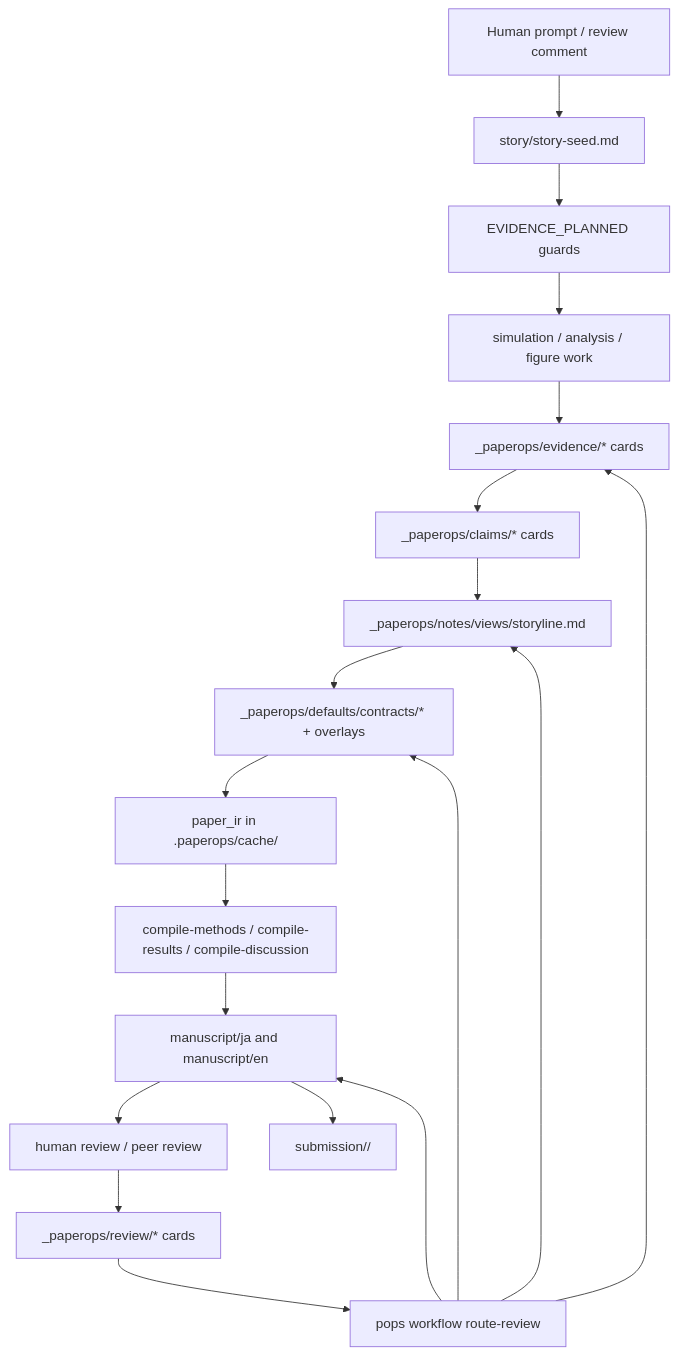
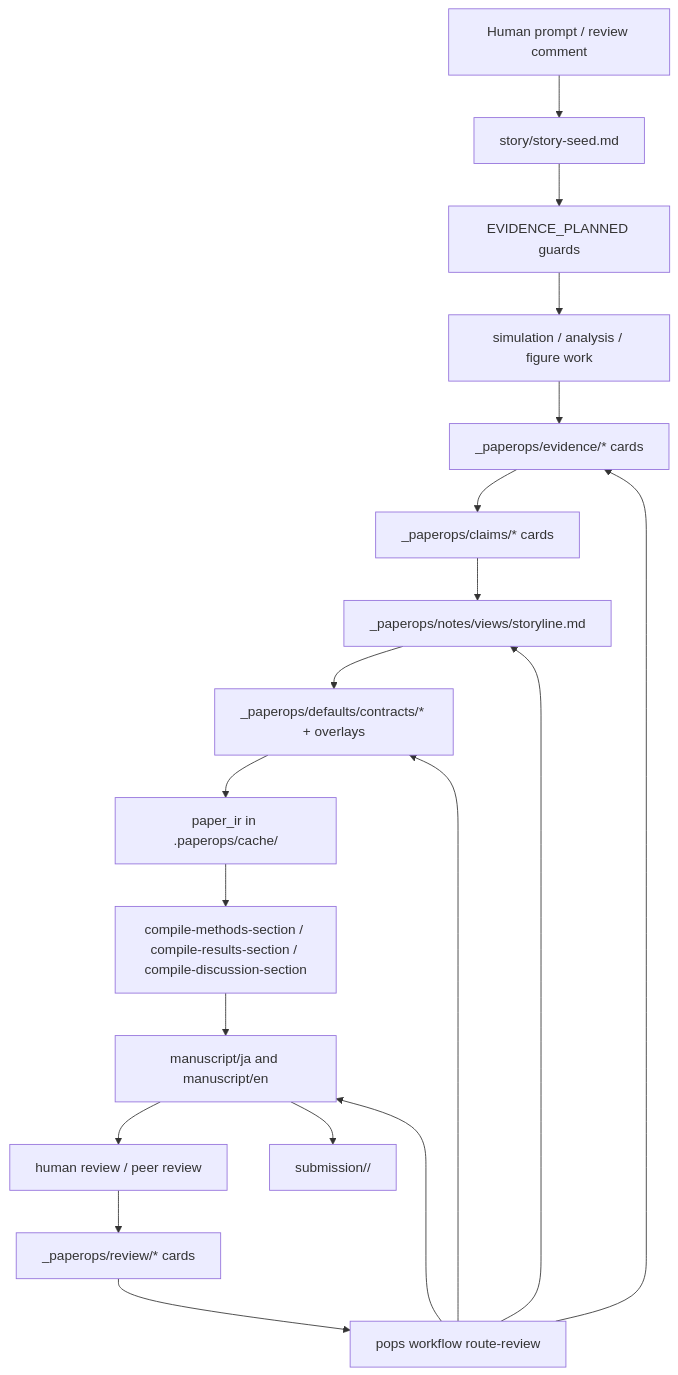
The second of 2 diagrams in docs/current-specification.md (Nkzono99/paperops), drawn with Mermaid before and after one commit. The commit also changed other lines of this file and 25 other files, not shown here.

````diff
--- a/docs/current-specification.md
+++ b/docs/current-specification.md
@@ -135,21 +135,21 @@
 ```mermaid
 flowchart TD
   HumanPrompt["Human prompt / review comment"] --> StorySeed["story/story-seed.md"]
   StorySeed --> EvidencePlan["EVIDENCE_PLANNED guards"]
   EvidencePlan --> Analysis["simulation / analysis / figure work"]
   Analysis --> EvidenceCards["_paperops/evidence/* cards"]
   EvidenceCards --> ClaimCards["_paperops/claims/* cards"]
   ClaimCards --> StoryReconcile["_paperops/notes/views/storyline.md"]
   StoryReconcile --> Contracts["_paperops/defaults/contracts/* + overlays"]
   Contracts --> PaperIR["paper_ir in .paperops/cache/"]
-  PaperIR --> SectionCompiler["compile-methods / compile-results / compile-discussion"]
+  PaperIR --> SectionCompiler["compile-methods-section / compile-results-section / compile-discussion-section"]
   SectionCompiler --> Manuscript["manuscript/ja and manuscript/en"]
   Manuscript --> Review["human review / peer review"]
   Review --> FeedbackCards["_paperops/review/* cards"]
   FeedbackCards --> Router["pops workflow route-review"]
   Router --> EvidenceCards
   Router --> StoryReconcile
   Router --> Contracts
   Router --> Manuscript
   Manuscript --> Submission["submission/<venue>/"]
 ```
````
